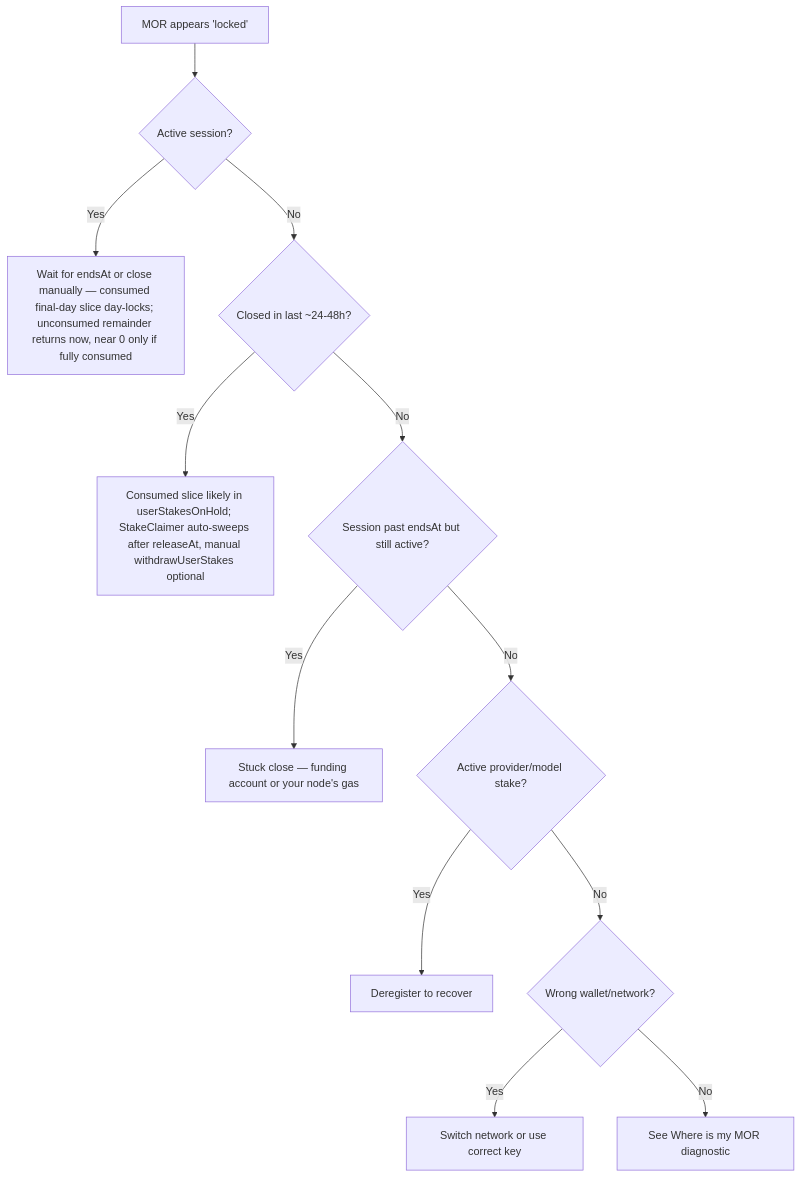
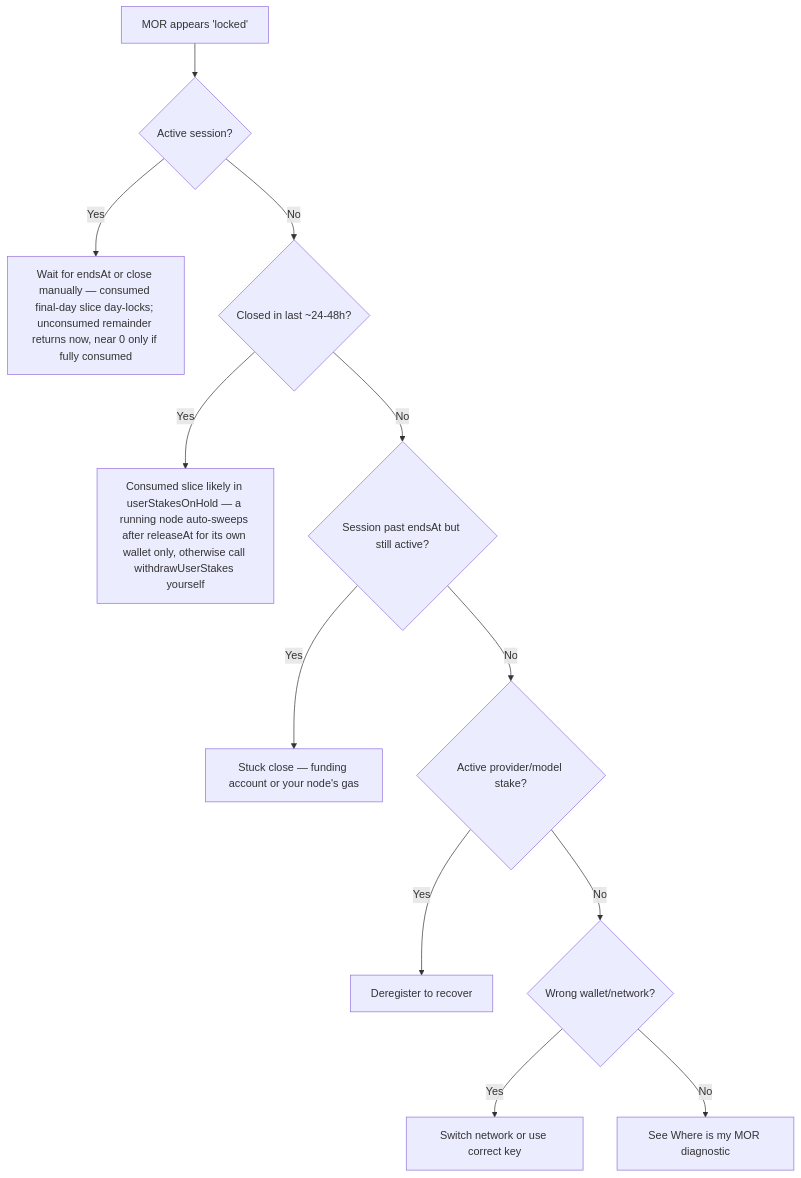
Before and after one commit to cowboycoderhq/Morpheus-Lumerin-Node: the diagram in docs/ai/why-locked-in-contract.mdx, drawn with Mermaid. The commit also changed 15 other files, not shown here.

````diff
--- a/docs/ai/why-locked-in-contract.mdx
+++ b/docs/ai/why-locked-in-contract.mdx
@@ -56,14 +56,14 @@
 ```mermaid
 flowchart TD
   Start[MOR appears 'locked'] --> Q1{Active session?}
   Q1 -->|Yes| A1[Wait for endsAt or close manually — consumed final-day slice day-locks; unconsumed remainder returns now, near 0 only if fully consumed]
   Q1 -->|No| Q2{Closed in last ~24-48h?}
-  Q2 -->|Yes| A2[Consumed slice likely in userStakesOnHold; StakeClaimer auto-sweeps after releaseAt, manual withdrawUserStakes optional]
+  Q2 -->|Yes| A2[Consumed slice likely in userStakesOnHold — a running node auto-sweeps after releaseAt for its own wallet only, otherwise call withdrawUserStakes yourself]
   Q2 -->|No| Q3{Session past endsAt but still active?}
   Q3 -->|Yes| A3[Stuck close — funding account or your node's gas]
   Q3 -->|No| Q4{Active provider/model stake?}
   Q4 -->|Yes| A4[Deregister to recover]
   Q4 -->|No| Q5{Wrong wallet/network?}
   Q5 -->|Yes| A5[Switch network or use correct key]
   Q5 -->|No| A6[See Where is my MOR diagnostic]
 ```
````
